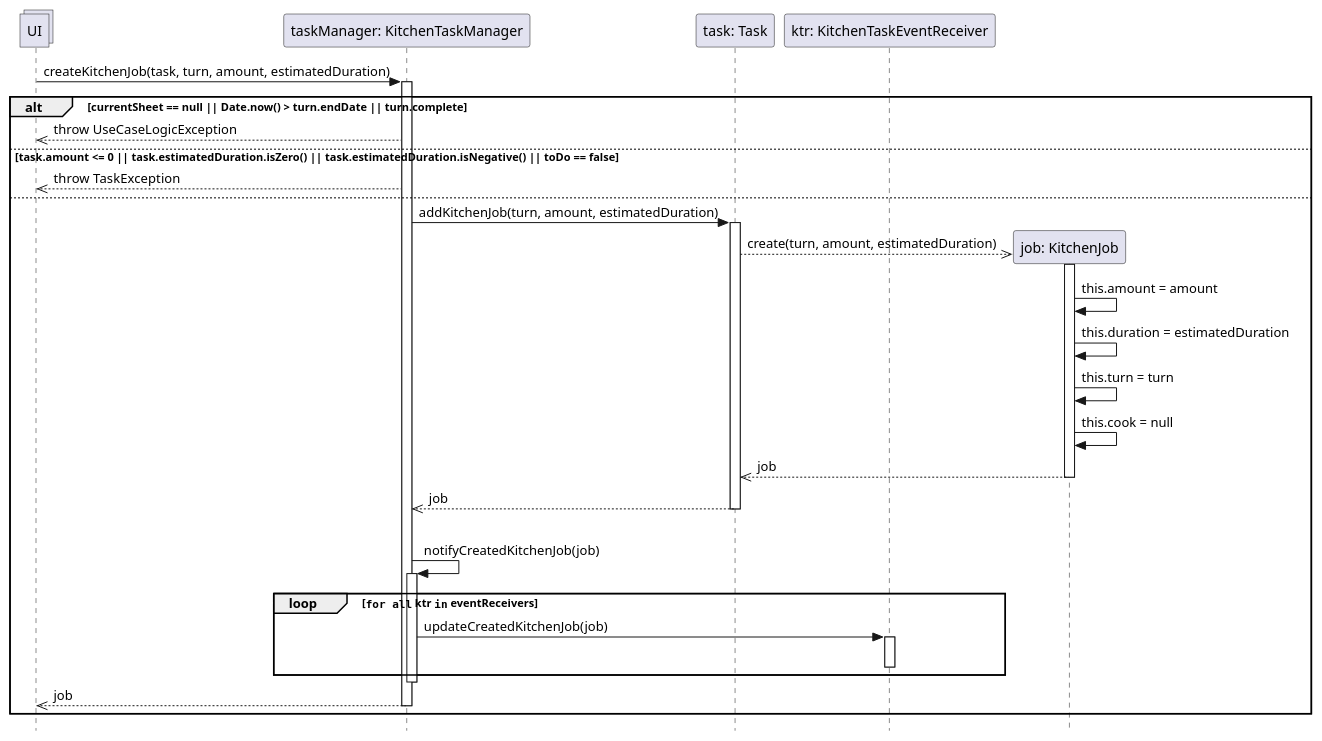
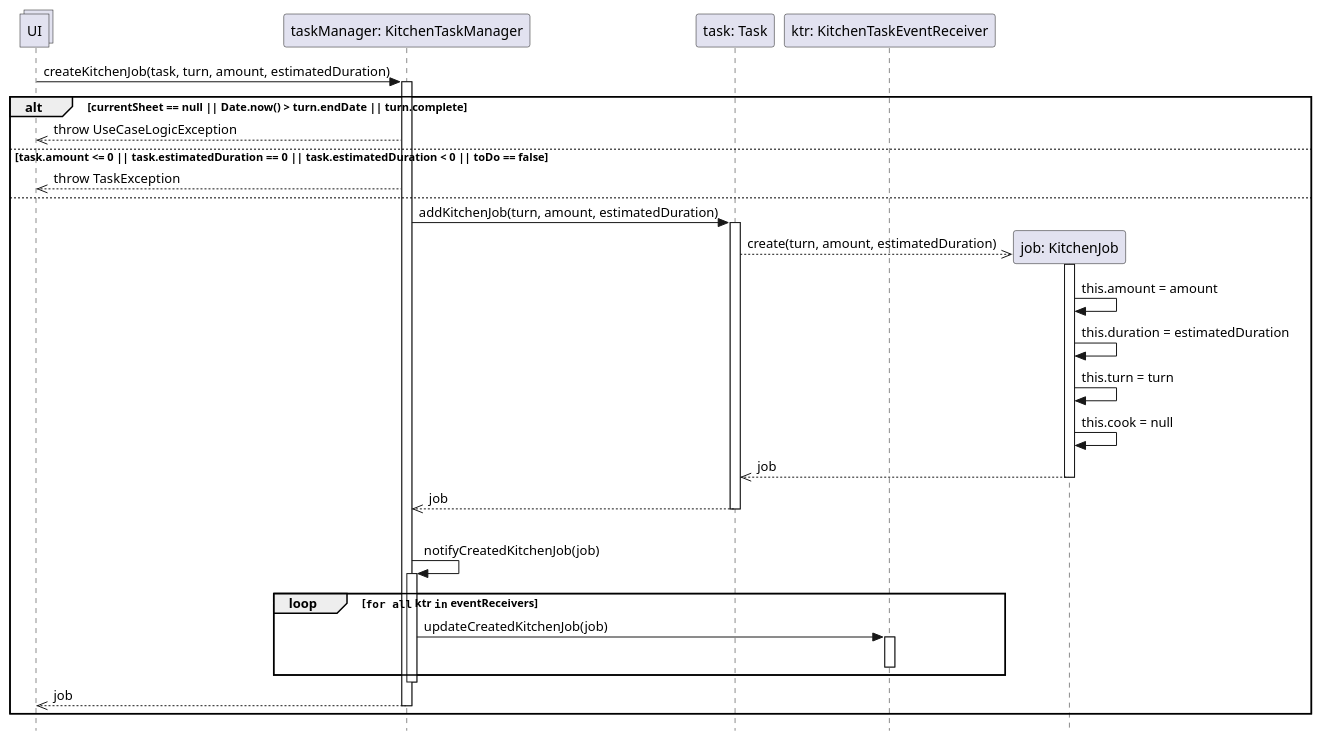
Before and after one commit to stefa168/sas-project: the diagram in UP/Progettazione/UC Gestire Compiti Cucina/DSD/DSD Operazione 6.puml, drawn with PlantUML. The commit also changed 3 other files, not shown here.

```diff
--- a/UP/Progettazione/UC Gestire Compiti Cucina/DSD/DSD Operazione 6.puml
+++ b/UP/Progettazione/UC Gestire Compiti Cucina/DSD/DSD Operazione 6.puml
@@ -1,51 +1,51 @@
 @startuml Operazione 6
 skinparam Style strictuml
 
 collections UI
 
 participant "taskManager: KitchenTaskManager" as tm
 UI -> tm: createKitchenJob(task, turn, amount, estimatedDuration)
 activate tm
 
 participant "task: Task" as task
 participant "ktr: KitchenTaskEventReceiver" as ktr
 
 alt currentSheet == null || Date.now() > turn.endDate || turn.complete
     UI <<-- tm: throw UseCaseLogicException
-else task.amount <= 0 || task.estimatedDuration.isZero() || task.estimatedDuration.isNegative() || toDo == false
+else task.amount <= 0 || task.estimatedDuration == 0 || task.estimatedDuration < 0 || toDo == false
     UI <<-- tm: throw TaskException
 else
 
     tm -> task: addKitchenJob(turn, amount, estimatedDuration)
     activate task
 
     participant "job: KitchenJob" as job
     task -->> job**: create(turn, amount, estimatedDuration)
 
     activate job
         job -> job: this.amount = amount
         job -> job: this.duration = estimatedDuration
         job -> job: this.turn = turn
         job -> job: this.cook = null
 
     return job
 
     tm <<-- task: job
     deactivate task
 
     |||
     tm -> tm: notifyCreatedKitchenJob(job)
     activate tm
     loop ""for all"" ktr ""in"" eventReceivers
         tm -> ktr : updateCreatedKitchenJob(job)
         activate ktr
         deactivate ktr
     end
     deactivate tm
 
     UI <<-- tm: job
     deactivate tm
     
 end
 
 @enduml
```
